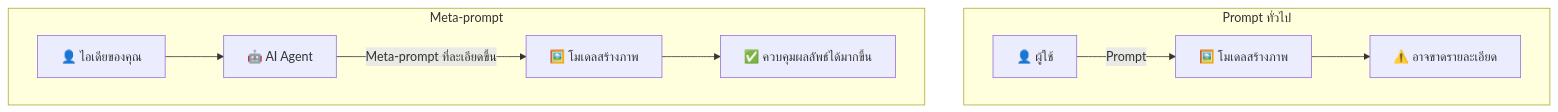
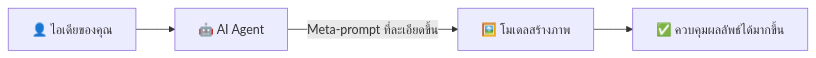
The second of 2 diagrams in docs/i18n/README.th.md (taewat07/OccMed-ImageGen), drawn with Mermaid before and after one commit. The commit also changed other lines of this file and 1 other file, not shown here.

Commit message:
stack prompt comparison diagrams vertically

````diff
--- a/docs/i18n/README.th.md
+++ b/docs/i18n/README.th.md
@@ -11,14 +21,6 @@
 ```mermaid
-flowchart TB
-    subgraph regular["Prompt ทั่วไป"]
-        direction LR
-        R1["👤 ผู้ใช้"] -- "Prompt" --> R2["🖼️ โมเดลสร้างภาพ"]
-        R2 --> R3["⚠️ อาจขาดรายละเอียด"]
-    end
-    subgraph meta["Meta-prompt"]
-        direction LR
-        M1["👤 ไอเดียของคุณ"] --> M2["🤖 AI Agent"]
-        M2 -- "Meta-prompt ที่ละเอียดขึ้น" --> M3["🖼️ โมเดลสร้างภาพ"]
-        M3 --> M4["✅ ควบคุมผลลัพธ์ได้มากขึ้น"]
-    end
+flowchart LR
+    M1["👤 ไอเดียของคุณ"] --> M2["🤖 AI Agent"]
+    M2 -- "Meta-prompt ที่ละเอียดขึ้น" --> M3["🖼️ โมเดลสร้างภาพ"]
+    M3 --> M4["✅ ควบคุมผลลัพธ์ได้มากขึ้น"]
 ```
````
